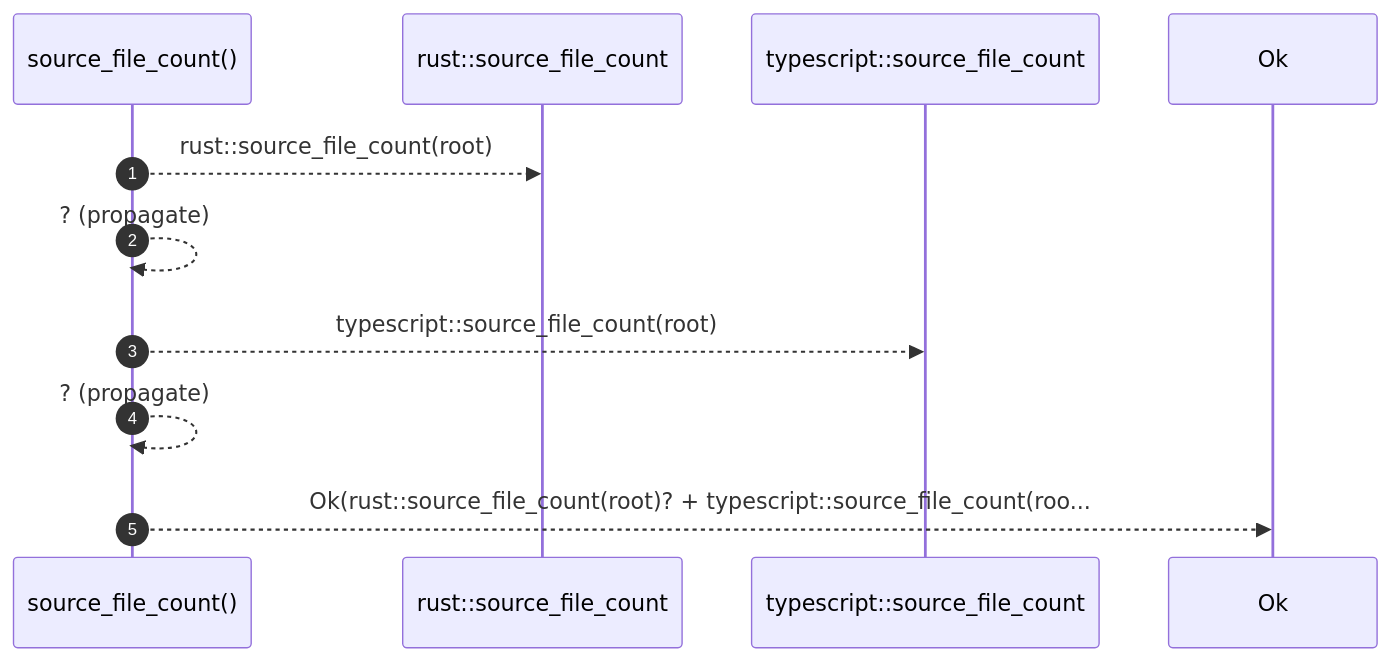
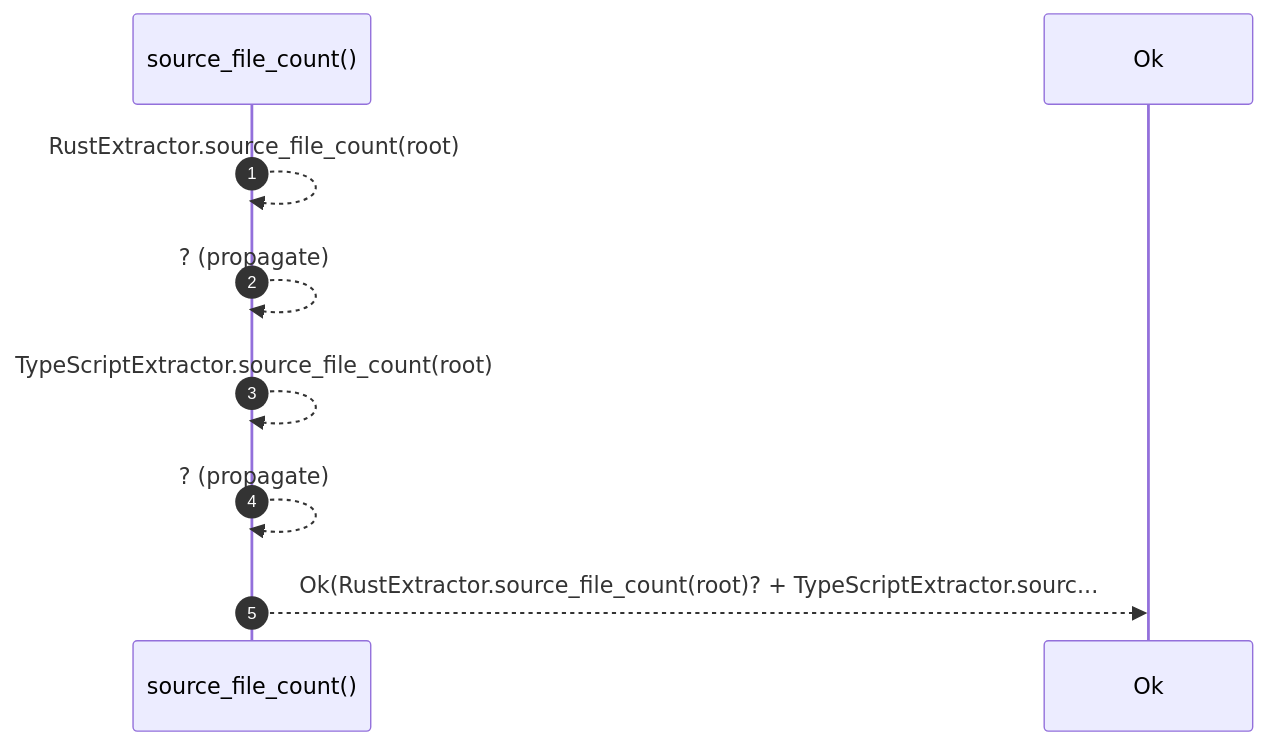
Before and after one commit to RyanGuild/self-describing-code: the diagram in .robby/diagrams/seq-rust-robby-extract-source-file-count.mmd, drawn with Mermaid. The commit also changed 413 other files, not shown here.

```diff
--- a/.robby/diagrams/seq-rust-robby-extract-source-file-count.mmd
+++ b/.robby/diagrams/seq-rust-robby-extract-source-file-count.mmd
@@ -1,11 +1,9 @@
 sequenceDiagram
     autonumber
     participant source_file_count as source_file_count()
-    participant rust__source_file_count as rust::source_file_count
-    participant typescript__source_file_count as typescript::source_file_count
     participant Ok as Ok
-    source_file_count-->>rust__source_file_count: rust::source_file_count(root)
+    source_file_count-->>source_file_count: RustExtractor.source_file_count(root)
     source_file_count-->>source_file_count: ? (propagate)
-    source_file_count-->>typescript__source_file_count: typescript::source_file_count(root)
+    source_file_count-->>source_file_count: TypeScriptExtractor.source_file_count(root)
     source_file_count-->>source_file_count: ? (propagate)
-    source_file_count-->>Ok: Ok(rust::source_file_count(root)? + typescript::source_file_count(roo...
+    source_file_count-->>Ok: Ok(RustExtractor.source_file_count(root)? + TypeScriptExtractor.sourc...
```
